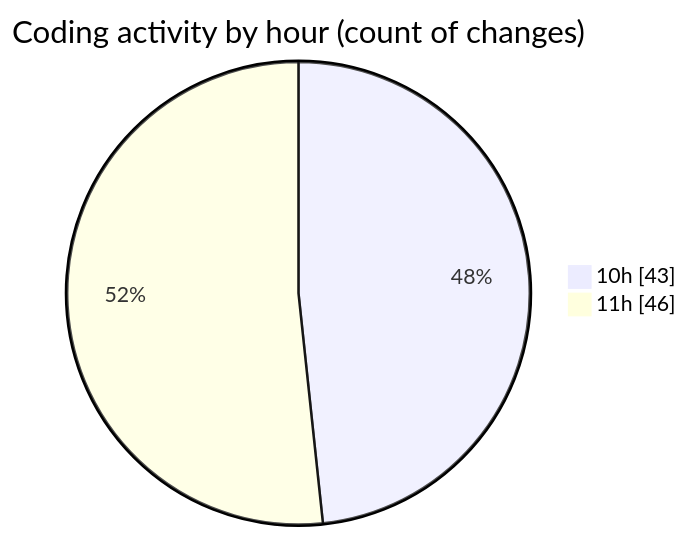
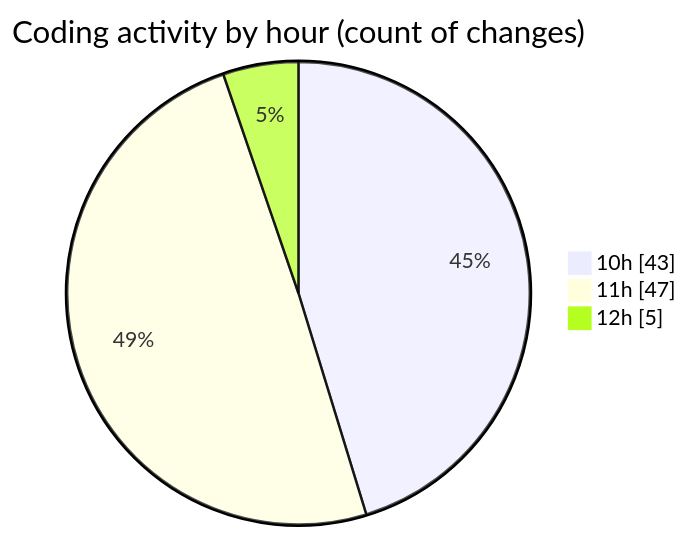
One commit to momahboobian/code-tracking changed the second of 2 diagrams in 2025-02-10/cda/README.md. Above: the diagram before and after it, drawn with Mermaid. The commit also changed other lines of this file and 1 other file, not shown here.

````diff
--- a/2025-02-10/cda/README.md
+++ b/2025-02-10/cda/README.md
@@ -35,6 +35,7 @@
 ```mermaid
 pie showData
 title Coding activity by hour (count of changes)
 "10h" : 43
-"11h" : 46
+"11h" : 47
+"12h" : 5
 ```
````
